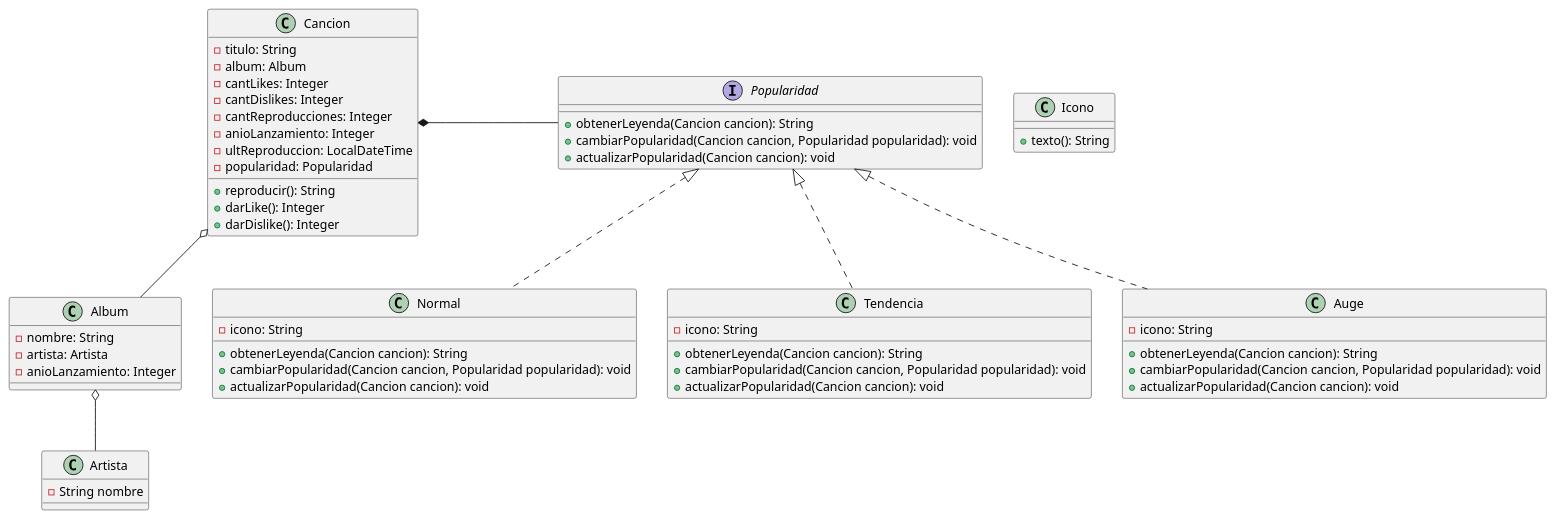
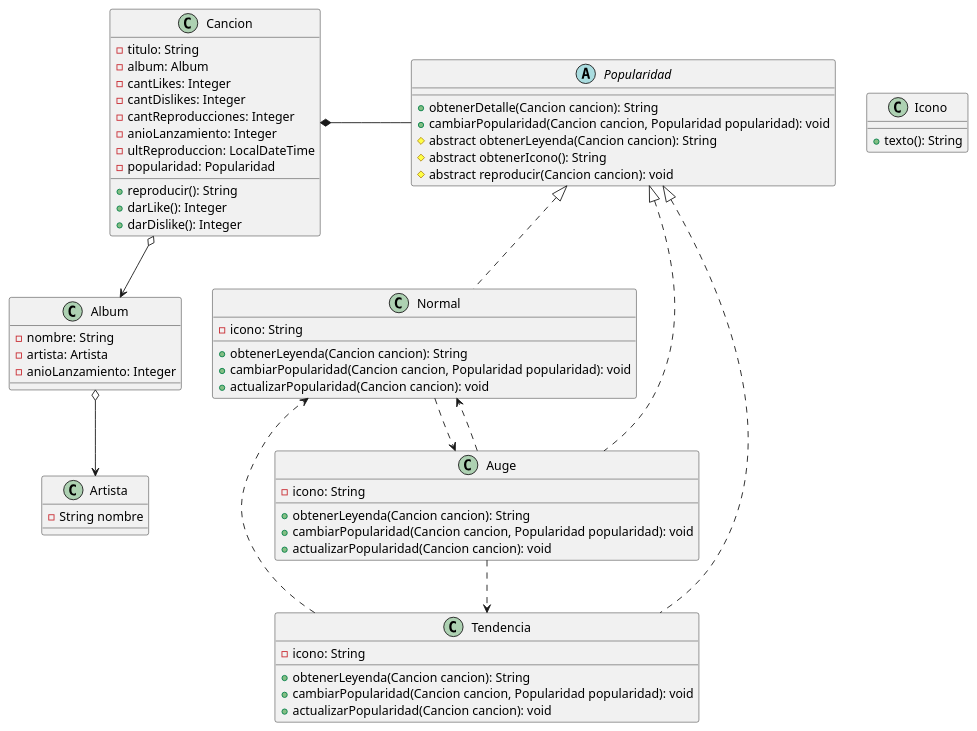
The diagram in tendencias-musicales/clases.puml (nacho-castro/DDS-UTN-Practica), drawn with PlantUML before and after one commit. The commit also changed 8 other files, not shown here.

```diff
--- a/tendencias-musicales/clases.puml
+++ b/tendencias-musicales/clases.puml
@@ -1,64 +1,72 @@
 @startuml
 
 class Cancion{
     - titulo: String
     - album: Album
     - cantLikes: Integer
     - cantDislikes: Integer
     - cantReproducciones: Integer
     - anioLanzamiento: Integer
     - ultReproduccion: LocalDateTime
     - popularidad: Popularidad
     + reproducir(): String
     + darLike(): Integer
     + darDislike(): Integer
 }
 
 class Album{
     - nombre: String
     - artista: Artista
     - anioLanzamiento: Integer
 }
 
 class Artista{
     - String nombre
 }
 
 class Icono{
     + texto(): String
 }
 
-interface Popularidad{
-    +obtenerLeyenda(Cancion cancion): String
+abstract class Popularidad{
+    +obtenerDetalle(Cancion cancion): String
     +cambiarPopularidad(Cancion cancion, Popularidad popularidad): void
-    +actualizarPopularidad(Cancion cancion): void
+    #abstract obtenerLeyenda(Cancion cancion): String
+    #abstract obtenerIcono(): String
+    #abstract reproducir(Cancion cancion): void
 }
 
 class Normal{
     -icono: String
     +obtenerLeyenda(Cancion cancion): String
     +cambiarPopularidad(Cancion cancion, Popularidad popularidad): void
     +actualizarPopularidad(Cancion cancion): void
 }
 
 class Tendencia{
     -icono: String
     +obtenerLeyenda(Cancion cancion): String
     +cambiarPopularidad(Cancion cancion, Popularidad popularidad): void
     +actualizarPopularidad(Cancion cancion): void
 }
 
 class Auge{
     -icono: String
     +obtenerLeyenda(Cancion cancion): String
     +cambiarPopularidad(Cancion cancion, Popularidad popularidad): void
     +actualizarPopularidad(Cancion cancion): void
 }
 
-Cancion o-- Album
-Album o-- Artista
+Cancion o--> Album
+Album o--> Artista
 Cancion *- Popularidad
+
+Normal ..> Auge
+Auge ..> Normal
+Auge ..> Tendencia
+Tendencia ..> Normal
+
 Popularidad <|.. Tendencia
 Popularidad <|.. Auge
 Popularidad <|.. Normal
 @enduml
```
